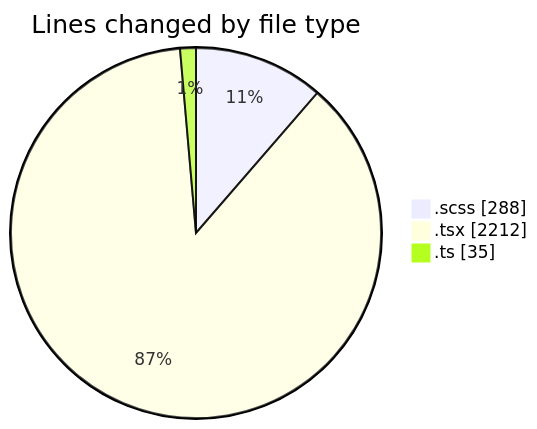
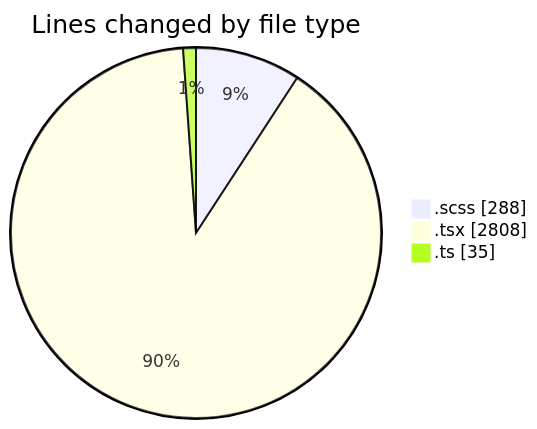
One commit to momahboobian/code-tracking changed the first of 2 diagrams in 2025-02-10/cda/README.md. Above: the diagram before and after it, drawn with Mermaid. The commit also changed other lines of this file and 1 other file, not shown here.

````diff
--- a/2025-02-10/cda/README.md
+++ b/2025-02-10/cda/README.md
@@ -25,7 +25,7 @@
 ```mermaid
 pie showData
 title Lines changed by file type
 ".scss" : 288
-".tsx" : 2212
+".tsx" : 2808
 ".ts" : 35
 ```
````
